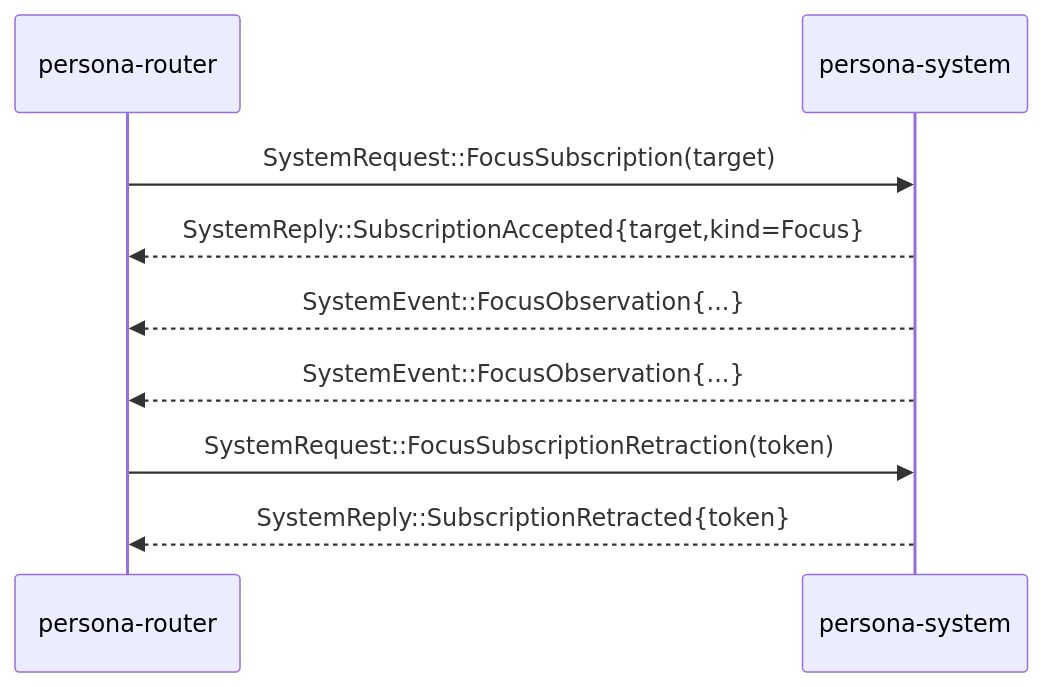
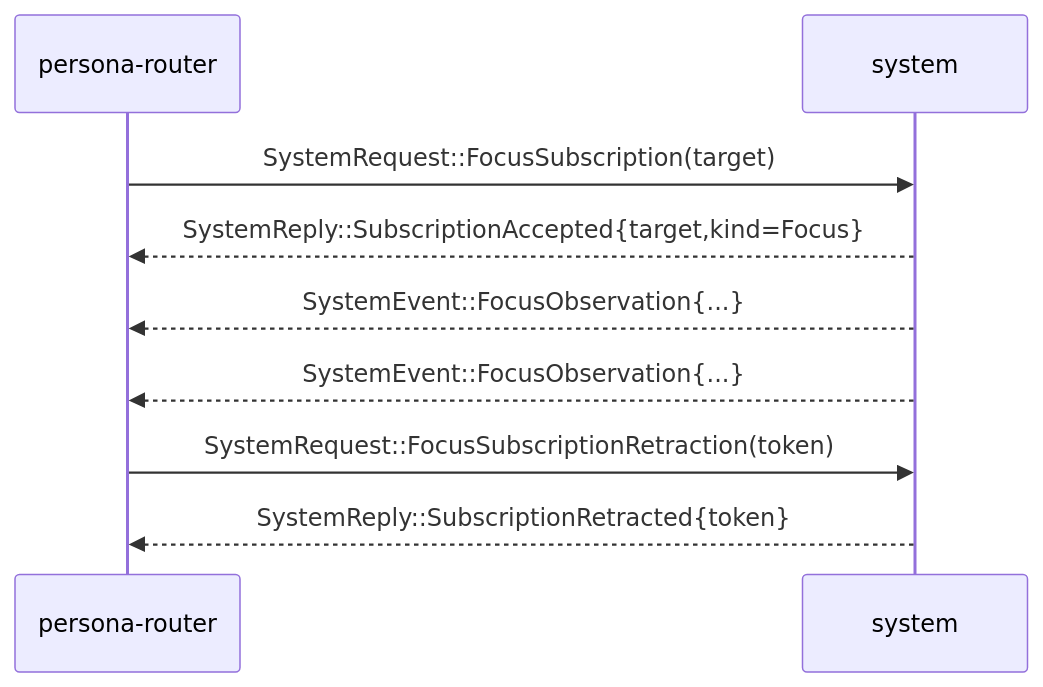
Before and after one commit to LiGoldragon/signal-system: the diagram in ARCHITECTURE.md, drawn with Mermaid. The commit also changed other lines of this file and 9 other files, not shown here.

Commit message:
signal-system: rename from signal-persona-system

````diff
--- a/ARCHITECTURE.md
+++ b/ARCHITECTURE.md
@@ -127,12 +127,12 @@
 ```mermaid
 sequenceDiagram
     participant Router as persona-router
-    participant System as persona-system
+    participant System as system
 
     Router->>System: SystemRequest::FocusSubscription(target)
     System-->>Router: SystemReply::SubscriptionAccepted{target,kind=Focus}
     System-->>Router: SystemEvent::FocusObservation{...}
     System-->>Router: SystemEvent::FocusObservation{...}
     Router->>System: SystemRequest::FocusSubscriptionRetraction(token)
     System-->>Router: SystemReply::SubscriptionRetracted{token}
 ```
````
